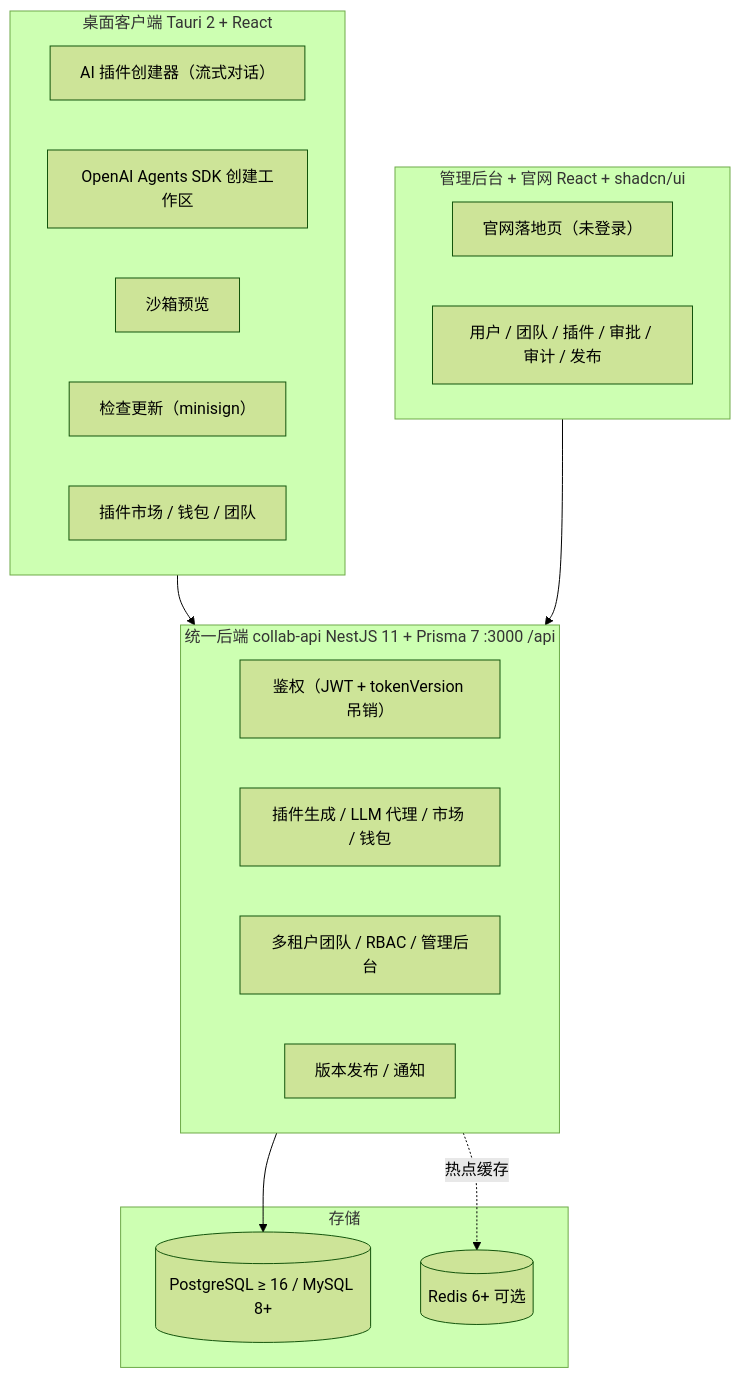
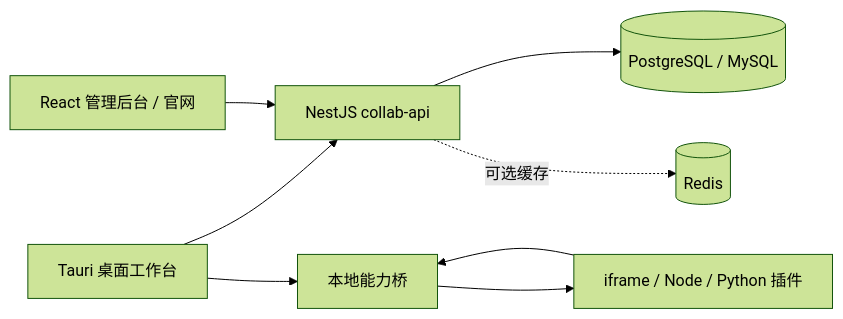
The diagram in README.md (qiuuchan/lingfang-pan), drawn with Mermaid (forest theme) before and after one commit. The commit also changed other lines of this file and 85 other files, not shown here.

````diff
--- a/README.md
+++ b/README.md
@@ -110,32 +31,10 @@
 ```mermaid
-graph TB
-    subgraph Desktop["桌面客户端 Tauri 2 + React"]
-        Gen["AI 插件创建器（流式对话）"]
-        Cli["OpenAI Agents SDK 创建工作区"]
-        Sandbox["沙箱预览"]
-        Updater["检查更新（minisign）"]
-        Market["插件市场 / 钱包 / 团队"]
-    end
-
-    subgraph Admin["管理后台 + 官网 React + shadcn/ui"]
-        Landing["官网落地页（未登录）"]
-        Back["用户 / 团队 / 插件 / 审批 / 审计 / 发布"]
-    end
-
-    subgraph API["统一后端 collab-api NestJS 11 + Prisma 7 :3000 /api"]
-        Auth["鉴权（JWT + tokenVersion 吊销）"]
-        Plugins["插件生成 / LLM 代理 / 市场 / 钱包"]
-        Tenant["多租户团队 / RBAC / 管理后台"]
-        Release["版本发布 / 通知"]
-    end
-
-    subgraph Store["存储"]
-        DB[("PostgreSQL ≥ 16 / MySQL 8+")]
-        Redis[("Redis 6+ 可选")]
-    end
-
-    Desktop --> API
-    Admin --> API
-    API --> DB
-    API -.热点缓存.-> Redis
+flowchart LR
+  Desktop["Tauri 桌面工作台"] --> API["NestJS collab-api"]
+  Admin["React 管理后台 / 官网"] --> API
+  API --> DB[("PostgreSQL / MySQL")]
+  API -. "可选缓存" .-> Redis[("Redis")]
+  Desktop --> Bridge["本地能力桥"]
+  Bridge --> Plugin["iframe / Node / Python 插件"]
+  Plugin --> Bridge
 ```
````
